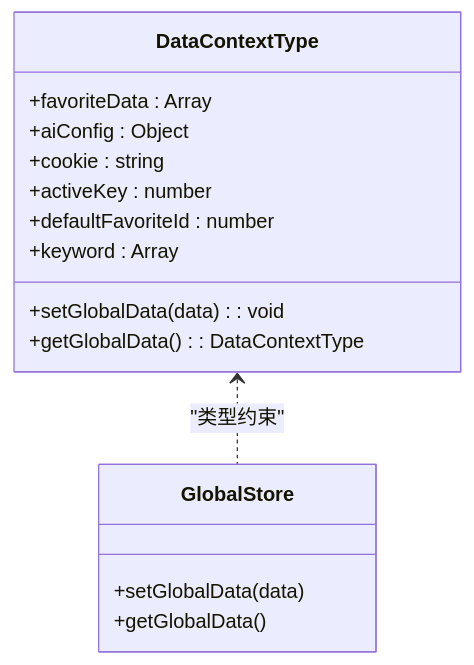
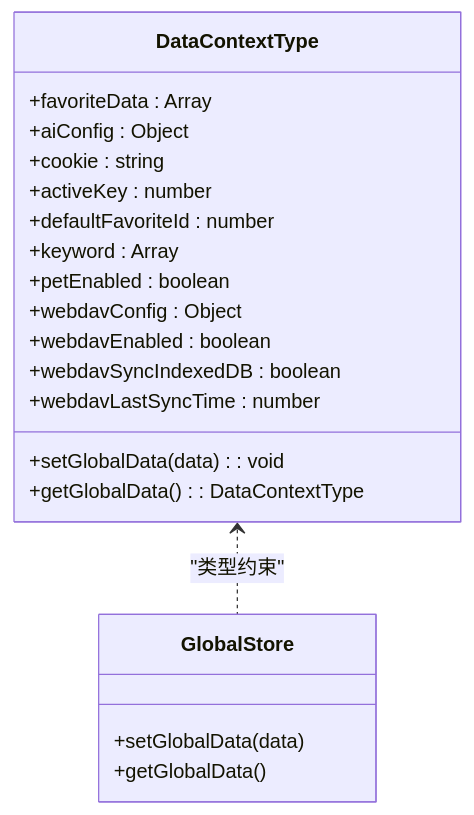
Before and after one commit to RadiumAg/bilibili-favorites: the third of 11 diagrams in .qoder/repowiki/zh/content/架构设计/状态管理设计.md, drawn with Mermaid. The commit also changed other lines of this file and 2 other files, not shown here.

````diff
--- a/.qoder/repowiki/zh/content/架构设计/状态管理设计.md
+++ b/.qoder/repowiki/zh/content/架构设计/状态管理设计.md
@@ -135,18 +156,23 @@
 ```mermaid
 classDiagram
 class DataContextType {
 +favoriteData : Array
 +aiConfig : Object
 +cookie : string
 +activeKey : number
 +defaultFavoriteId : number
 +keyword : Array
++petEnabled : boolean
++webdavConfig : Object
++webdavEnabled : boolean
++webdavSyncIndexedDB : boolean
++webdavLastSyncTime : number
 +setGlobalData(data) : void
 +getGlobalData() : DataContextType
 }
 class GlobalStore {
 +setGlobalData(data)
 +getGlobalData()
 }
 DataContextType <.. GlobalStore : "类型约束"
 ```
````
